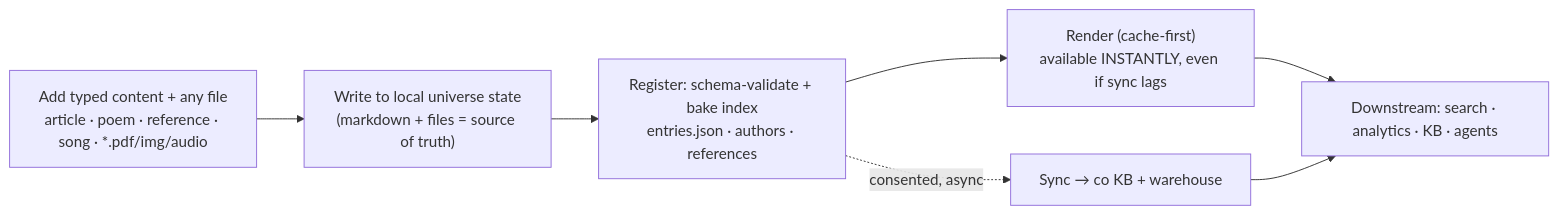
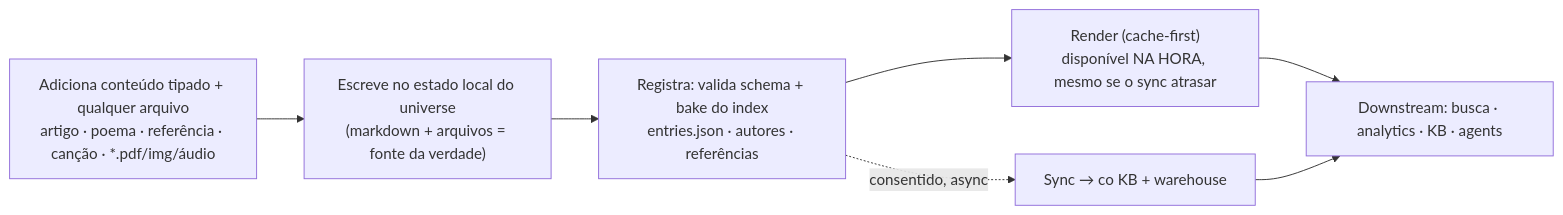
Before and after one commit to artelonga/ArteLonga: the fourth of 6 diagrams in docs/intelligence-as-a-service.pt.md, drawn with Mermaid. The commit also changed other lines of this file and 51 other files, not shown here.

First line of the commit message:
feat(docs): diagramas em Excalidraw real (mermaid→excalidraw) + IaaS em PT (#87)

````diff
--- a/docs/intelligence-as-a-service.pt.md
+++ b/docs/intelligence-as-a-service.pt.md
@@ -200,10 +200,10 @@
 ```mermaid
 flowchart LR
-  ADD["Add typed content + any file<br/>article · poem · reference · song · *.pdf/img/audio"]
-  ADD --> WRITE["Write to local universe state<br/>(markdown + files = source of truth)"]
-  WRITE --> BAKE["Register: schema-validate + bake index<br/>entries.json · authors · references"]
-  BAKE --> RENDER["Render (cache-first)<br/>available INSTANTLY, even if sync lags"]
-  BAKE -. "consented, async" .-> SYNC["Sync → co KB + warehouse"]
-  RENDER --> DOWN["Downstream: search · analytics · KB · agents"]
+  ADD["Adiciona conteúdo tipado + qualquer arquivo<br/>artigo · poema · referência · canção · *.pdf/img/áudio"]
+  ADD --> WRITE["Escreve no estado local do universe<br/>(markdown + arquivos = fonte da verdade)"]
+  WRITE --> BAKE["Registra: valida schema + bake do index<br/>entries.json · autores · referências"]
+  BAKE --> RENDER["Render (cache-first)<br/>disponível NA HORA, mesmo se o sync atrasar"]
+  BAKE -. "consentido, async" .-> SYNC["Sync → co KB + warehouse"]
+  RENDER --> DOWN["Downstream: busca · analytics · KB · agents"]
   SYNC --> DOWN
 ```
````
